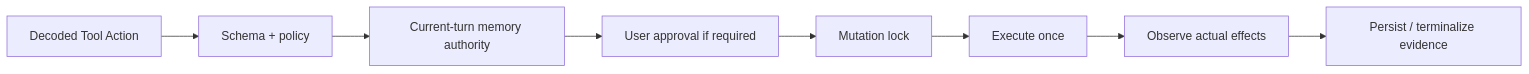
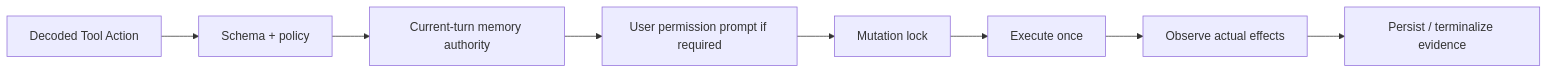
Before and after one commit to xiawiie/pony-code: the second of 2 diagrams in docs/security.md, drawn with Mermaid. The commit also changed other lines of this file and 77 other files, not shown here.

````diff
--- a/docs/security.md
+++ b/docs/security.md
@@ -79,10 +79,10 @@
 ```mermaid
 flowchart LR
     A["Decoded Tool Action"] --> V["Schema + policy"]
     V --> M["Current-turn memory authority"]
-    M --> P["User approval if required"]
+    M --> P["User permission prompt if required"]
     P --> L["Mutation lock"]
     L --> X["Execute once"]
     X --> O["Observe actual effects"]
     O --> R["Persist / terminalize evidence"]
 ```
````
